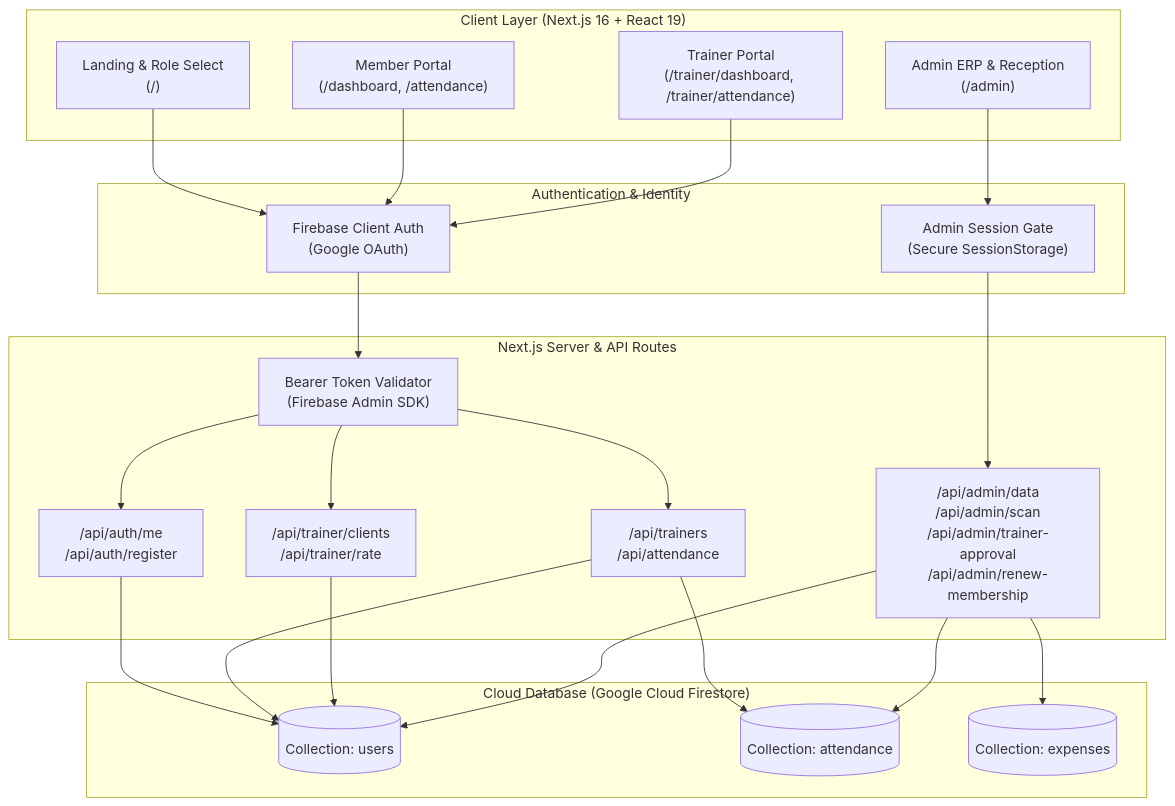
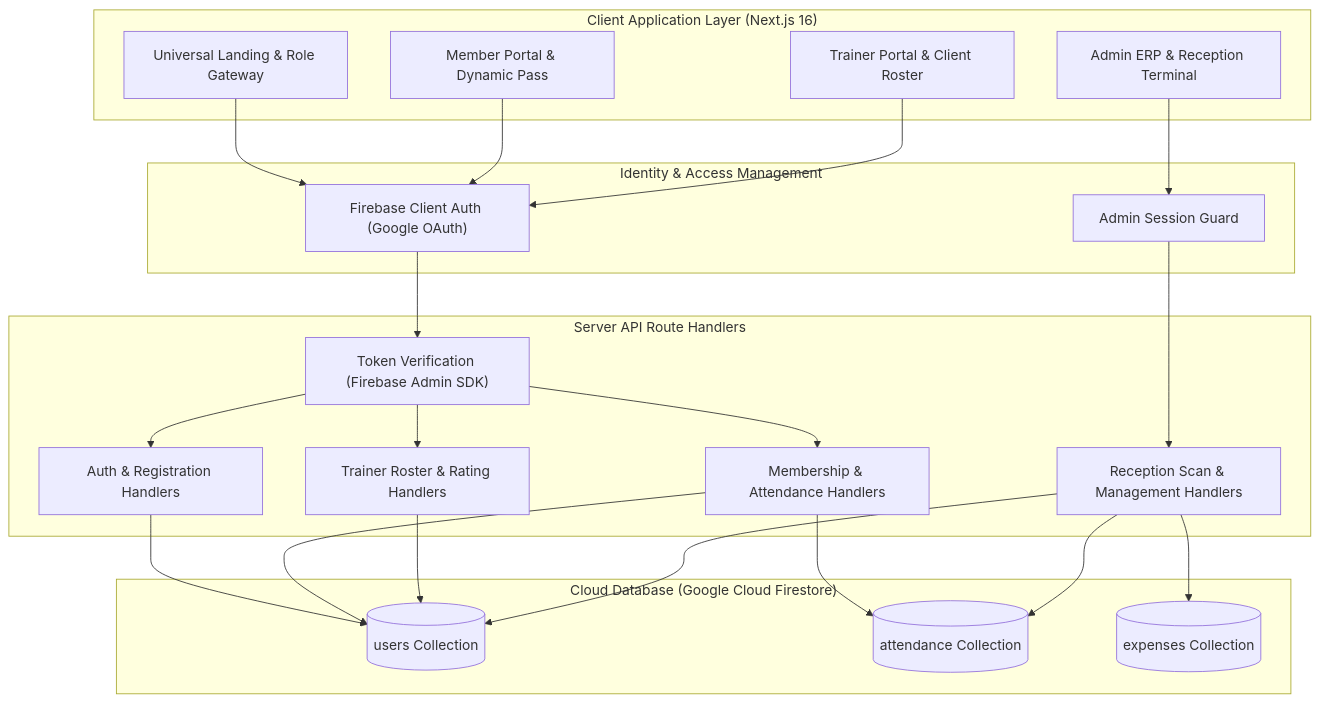
Before and after one commit to ArnavBansal01/gym_erp: the diagram in README.md, drawn with Mermaid. The commit also changed other lines of this file and 10 other files, not shown here.

````diff
--- a/README.md
+++ b/README.md
@@ -107,47 +107,47 @@
 ```mermaid
 flowchart TD
-    subgraph Client ["Client Layer (Next.js 16 + React 19)"]
-        Landing["Landing & Role Select\n(/)"]
-        MemberApp["Member Portal\n(/dashboard, /attendance)"]
-        TrainerApp["Trainer Portal\n(/trainer/dashboard, /trainer/attendance)"]
-        AdminERP["Admin ERP & Reception\n(/admin)"]
+    subgraph ClientApp["Client Application Layer (Next.js 16)"]
+        Landing["Universal Landing & Role Gateway"]
+        MemberApp["Member Portal & Dynamic Pass"]
+        TrainerApp["Trainer Portal & Client Roster"]
+        AdminERP["Admin ERP & Reception Terminal"]
     end
 
-    subgraph Auth ["Authentication & Identity"]
-        FirebaseAuth["Firebase Client Auth\n(Google OAuth)"]
-        AdminSession["Admin Session Gate\n(Secure SessionStorage)"]
+    subgraph AuthLayer["Identity & Access Management"]
+        FirebaseAuth["Firebase Client Auth (Google OAuth)"]
+        AdminSession["Admin Session Guard"]
     end
 
-    subgraph Server ["Next.js Server & API Routes"]
-        TokenAuth["Bearer Token Validator\n(Firebase Admin SDK)"]
-        AuthRoutes["/api/auth/me\n/api/auth/register"]
-        MemberRoutes["/api/trainers\n/api/attendance"]
-        TrainerRoutes["/api/trainer/clients\n/api/trainer/rate"]
-        AdminRoutes["/api/admin/data\n/api/admin/scan\n/api/admin/trainer-approval\n/api/admin/renew-membership"]
+    subgraph ServerLayer["Server API Route Handlers"]
+        TokenAuth["Token Verification (Firebase Admin SDK)"]
+        AuthAPI["Auth & Registration Handlers"]
+        MemberAPI["Membership & Attendance Handlers"]
+        TrainerAPI["Trainer Roster & Rating Handlers"]
+        AdminAPI["Reception Scan & Management Handlers"]
     end
 
-    subgraph Data ["Cloud Database (Google Cloud Firestore)"]
-        UsersCol[("Collection: users")]
-        AttCol[("Collection: attendance")]
-        ExpCol[("Collection: expenses")]
+    subgraph DataLayer["Cloud Database (Google Cloud Firestore)"]
+        UsersCol[("users Collection")]
+        AttCol[("attendance Collection")]
+        ExpCol[("expenses Collection")]
     end
 
     Landing --> FirebaseAuth
     MemberApp --> FirebaseAuth
     TrainerApp --> FirebaseAuth
     AdminERP --> AdminSession
 
     FirebaseAuth --> TokenAuth
-    TokenAuth --> AuthRoutes
-    TokenAuth --> MemberRoutes
-    TokenAuth --> TrainerRoutes
-    AdminSession --> AdminRoutes
+    TokenAuth --> AuthAPI
+    TokenAuth --> MemberAPI
+    TokenAuth --> TrainerAPI
+    AdminSession --> AdminAPI
 
-    AuthRoutes --> UsersCol
-    MemberRoutes --> UsersCol
-    MemberRoutes --> AttCol
-    TrainerRoutes --> UsersCol
-    AdminRoutes --> UsersCol
-    AdminRoutes --> AttCol
-    AdminRoutes --> ExpCol
+    AuthAPI --> UsersCol
+    MemberAPI --> UsersCol
+    MemberAPI --> AttCol
+    TrainerAPI --> UsersCol
+    AdminAPI --> UsersCol
+    AdminAPI --> AttCol
+    AdminAPI --> ExpCol
 ```
````
